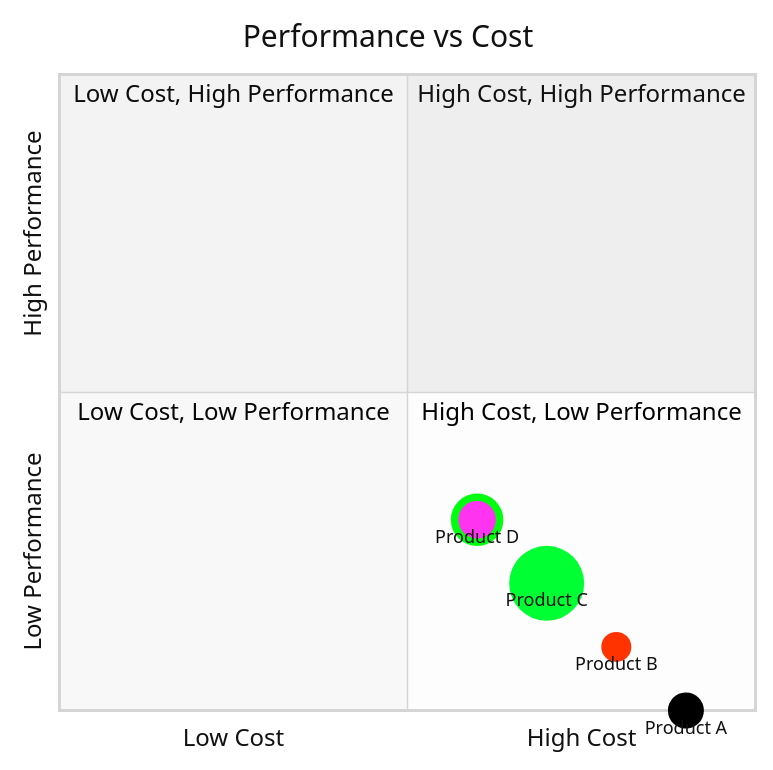
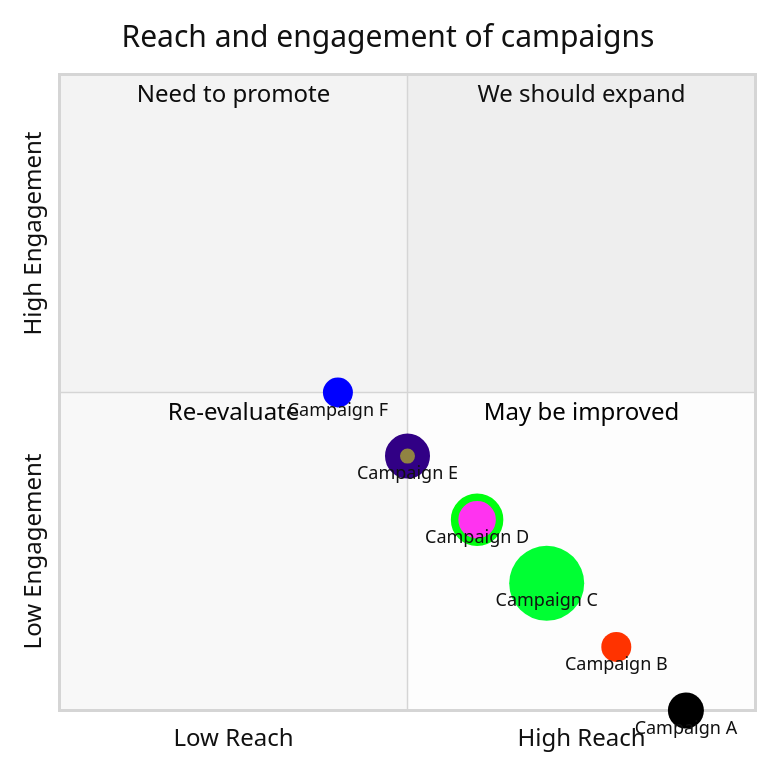
One commit to teachingai/full-stack-skills changed the third of 4 diagrams in skills/mermaid/examples/quadrant.md. Above: the diagram before and after it, drawn with Mermaid (neutral theme). The commit also changed other lines of this file and 21 other files, not shown here.

First line of the commit message:
docs(mermaid): 更新架构、块、C4和类图示例文档

````diff
--- a/skills/mermaid/examples/quadrant.md
+++ b/skills/mermaid/examples/quadrant.md
@@ -57,14 +71,19 @@
 ```mermaid
 quadrantChart
-    title Performance vs Cost
-    x-axis Low Cost --> High Cost
-    y-axis Low Performance --> High Performance
-    quadrant-1 High Cost, High Performance
-    quadrant-2 Low Cost, High Performance
-    quadrant-3 Low Cost, Low Performance
-    quadrant-4 High Cost, Low Performance
-    Product A: [0.9, 0.0] radius: 12
-    Product B: [0.8, 0.1] color: #ff3300, radius: 10
-    Product C: [0.7, 0.2] radius: 25, color: #00ff33, stroke-color: #10f0f0
-    Product D: [0.6, 0.3] radius: 15, stroke-color: #00ff0f, stroke-width: 5px, color: #ff33f0
+  title Reach and engagement of campaigns
+  x-axis Low Reach --> High Reach
+  y-axis Low Engagement --> High Engagement
+  quadrant-1 We should expand
+  quadrant-2 Need to promote
+  quadrant-3 Re-evaluate
+  quadrant-4 May be improved
+  Campaign A: [0.9, 0.0] radius: 12
+  Campaign B:::class1: [0.8, 0.1] color: #ff3300, radius: 10
+  Campaign C: [0.7, 0.2] radius: 25, color: #00ff33, stroke-color: #10f0f0
+  Campaign D: [0.6, 0.3] radius: 15, stroke-color: #00ff0f, stroke-width: 5px ,color: #ff33f0
+  Campaign E:::class2: [0.5, 0.4]
+  Campaign F:::class3: [0.4, 0.5] color: #0000ff
+  classDef class1 color: #109060
+  classDef class2 color: #908342, radius : 10, stroke-color: #310085, stroke-width: 10px
+  classDef class3 color: #f00fff, radius : 10
 ```
````
